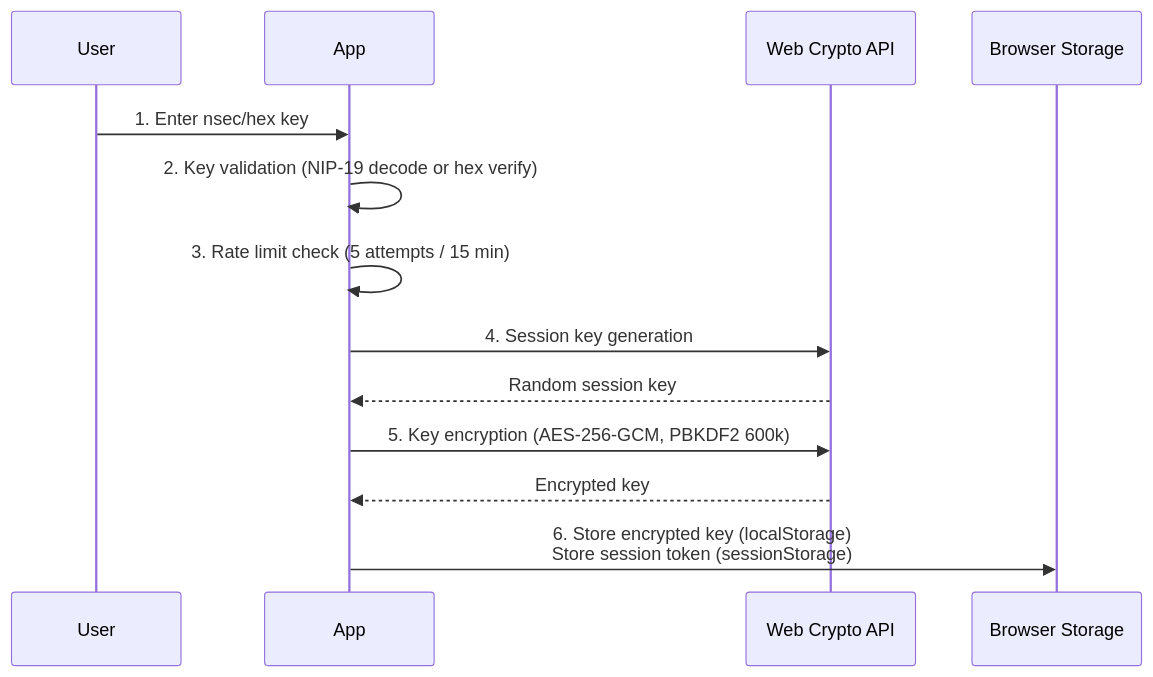
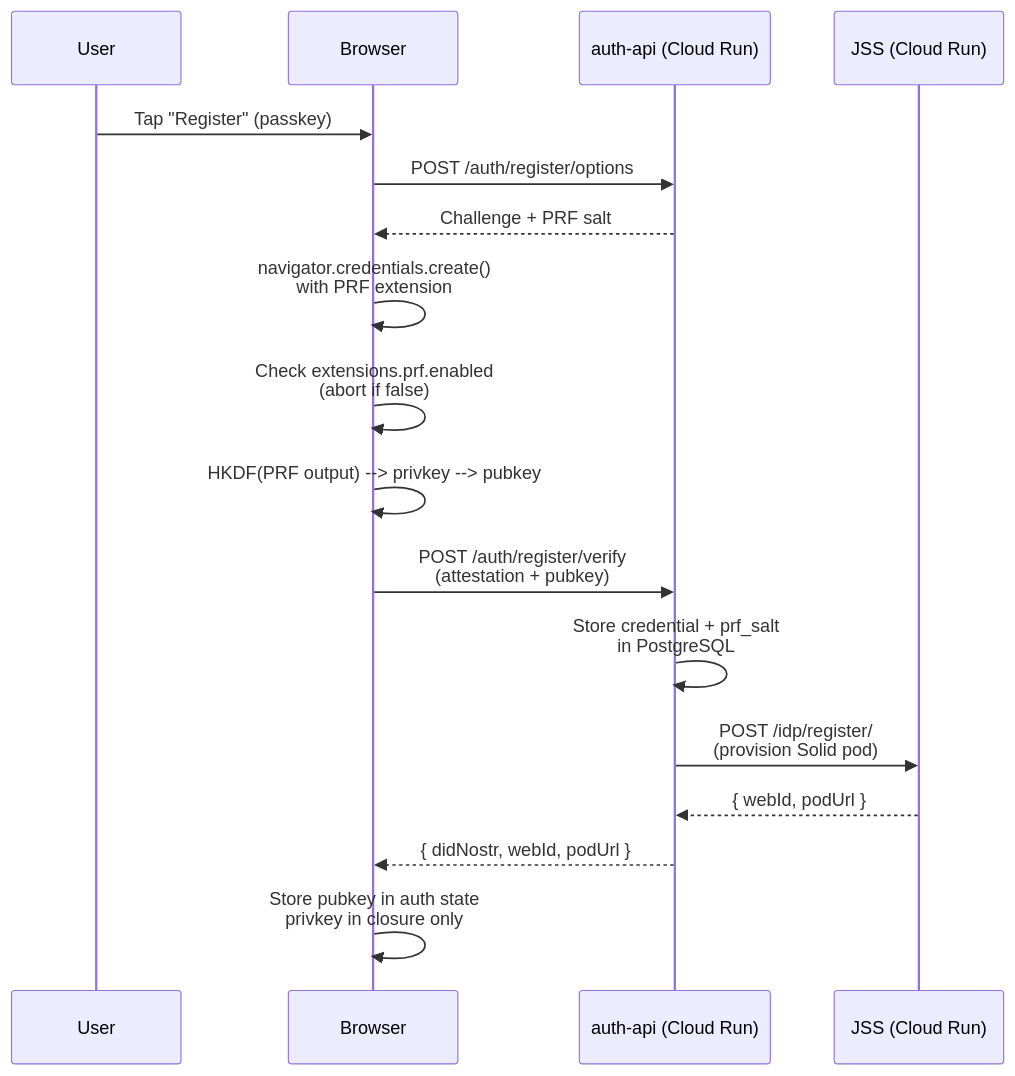
One commit to DreamLab-AI/dreamlab-ai-website changed the second of 7 diagrams in docs/architecture.md. Above: the diagram before and after it, drawn with Mermaid. The commit also changed other lines of this file and 49 other files, not shown here.

````diff
--- a/docs/architecture.md
+++ b/docs/architecture.md
@@ -109,16 +166,23 @@
 ```mermaid
 sequenceDiagram
     participant User
-    participant App
-    participant Crypto as Web Crypto API
-    participant Storage as Browser Storage
+    participant Browser
+    participant AuthAPI as auth-api (Cloud Run)
+    participant JSS as JSS (Cloud Run)
 
-    User->>App: 1. Enter nsec/hex key
-    App->>App: 2. Key validation (NIP-19 decode or hex verify)
-    App->>App: 3. Rate limit check (5 attempts / 15 min)
-    App->>Crypto: 4. Session key generation
-    Crypto-->>App: Random session key
-    App->>Crypto: 5. Key encryption (AES-256-GCM, PBKDF2 600k)
-    Crypto-->>App: Encrypted key
-    App->>Storage: 6. Store encrypted key (localStorage)<br/>Store session token (sessionStorage)
+    User->>Browser: Tap "Register" (passkey)
+    Browser->>AuthAPI: POST /auth/register/options
+    AuthAPI-->>Browser: Challenge + PRF salt
+
+    Browser->>Browser: navigator.credentials.create()<br/>with PRF extension
+    Browser->>Browser: Check extensions.prf.enabled<br/>(abort if false)
+    Browser->>Browser: HKDF(PRF output) --> privkey --> pubkey
+
+    Browser->>AuthAPI: POST /auth/register/verify<br/>(attestation + pubkey)
+    AuthAPI->>AuthAPI: Store credential + prf_salt<br/>in PostgreSQL
+    AuthAPI->>JSS: POST /idp/register/<br/>(provision Solid pod)
+    JSS-->>AuthAPI: { webId, podUrl }
+    AuthAPI-->>Browser: { didNostr, webId, podUrl }
+
+    Browser->>Browser: Store pubkey in auth state<br/>privkey in closure only
 ```
````
